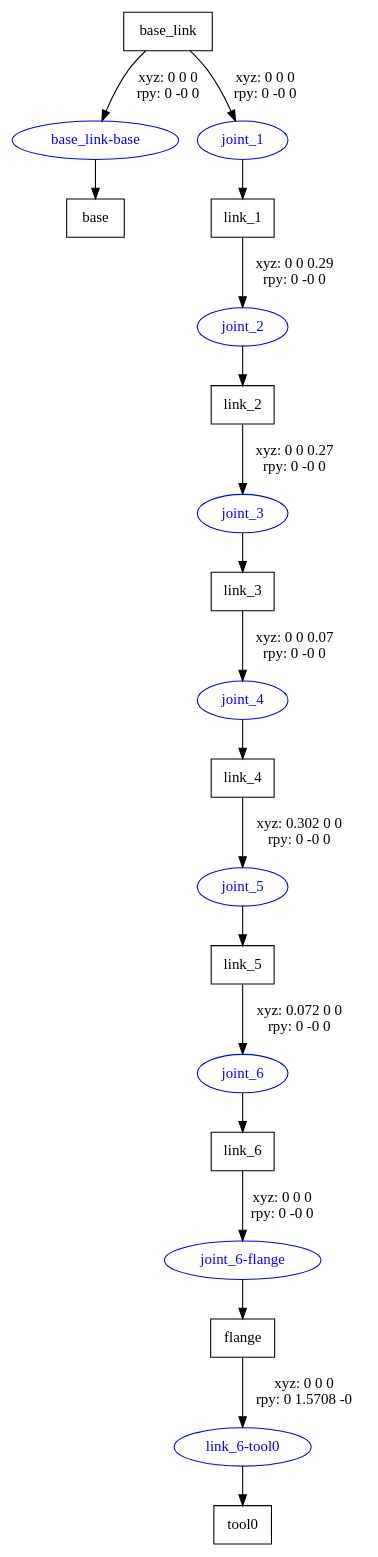
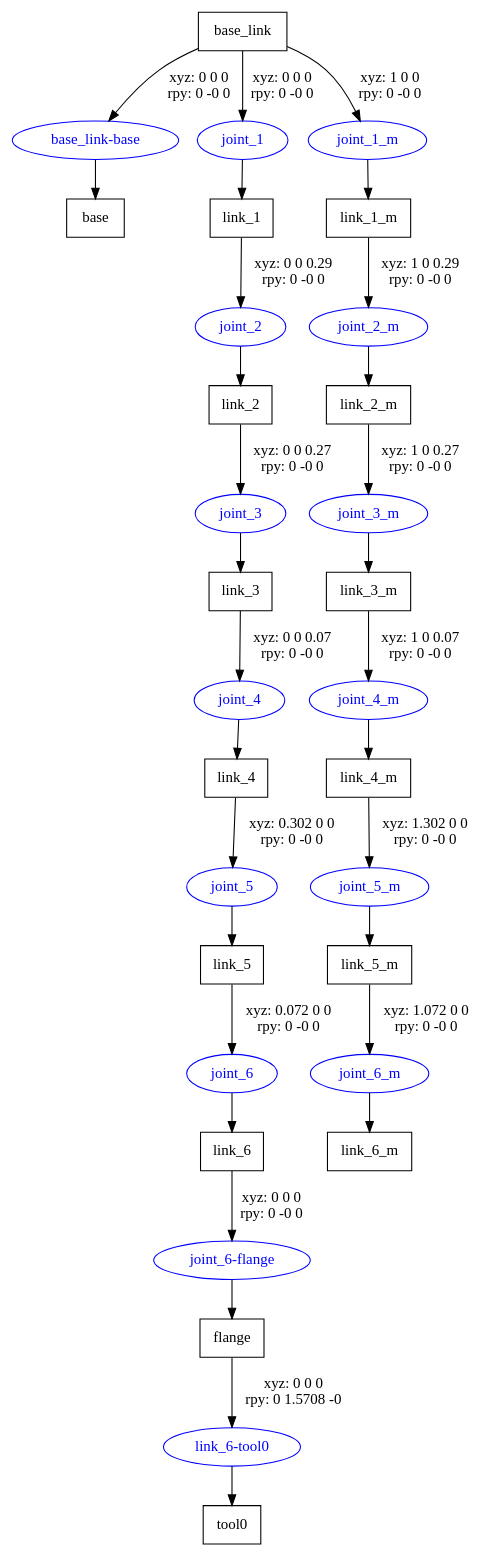
Before and after one commit to raghavvs/test_irb120: the diagram in abb_irb120_support/urdf/abb_irb120_3_58.gv, drawn with Graphviz. The commit also changed 7 other files, not shown here.

```diff
--- a/abb_irb120_support/urdf/abb_irb120_3_58.gv
+++ b/abb_irb120_support/urdf/abb_irb120_3_58.gv
@@ -1,32 +1,50 @@
 digraph G {
 node [shape=box];
 "base_link" [label="base_link"];
 "base" [label="base"];
 "link_1" [label="link_1"];
 "link_2" [label="link_2"];
 "link_3" [label="link_3"];
 "link_4" [label="link_4"];
 "link_5" [label="link_5"];
 "link_6" [label="link_6"];
 "flange" [label="flange"];
 "tool0" [label="tool0"];
+"link_1_m" [label="link_1_m"];
+"link_2_m" [label="link_2_m"];
+"link_3_m" [label="link_3_m"];
+"link_4_m" [label="link_4_m"];
+"link_5_m" [label="link_5_m"];
+"link_6_m" [label="link_6_m"];
 node [shape=ellipse, color=blue, fontcolor=blue];
 "base_link" -> "base_link-base" [label="xyz: 0 0 0 \nrpy: 0 -0 0"]
 "base_link-base" -> "base"
 "base_link" -> "joint_1" [label="xyz: 0 0 0 \nrpy: 0 -0 0"]
 "joint_1" -> "link_1"
 "link_1" -> "joint_2" [label="xyz: 0 0 0.29 \nrpy: 0 -0 0"]
 "joint_2" -> "link_2"
 "link_2" -> "joint_3" [label="xyz: 0 0 0.27 \nrpy: 0 -0 0"]
 "joint_3" -> "link_3"
 "link_3" -> "joint_4" [label="xyz: 0 0 0.07 \nrpy: 0 -0 0"]
 "joint_4" -> "link_4"
 "link_4" -> "joint_5" [label="xyz: 0.302 0 0 \nrpy: 0 -0 0"]
 "joint_5" -> "link_5"
 "link_5" -> "joint_6" [label="xyz: 0.072 0 0 \nrpy: 0 -0 0"]
 "joint_6" -> "link_6"
 "link_6" -> "joint_6-flange" [label="xyz: 0 0 0 \nrpy: 0 -0 0"]
 "joint_6-flange" -> "flange"
 "flange" -> "link_6-tool0" [label="xyz: 0 0 0 \nrpy: 0 1.5708 -0"]
 "link_6-tool0" -> "tool0"
+"base_link" -> "joint_1_m" [label="xyz: 1 0 0 \nrpy: 0 -0 0"]
+"joint_1_m" -> "link_1_m"
+"link_1_m" -> "joint_2_m" [label="xyz: 1 0 0.29 \nrpy: 0 -0 0"]
+"joint_2_m" -> "link_2_m"
+"link_2_m" -> "joint_3_m" [label="xyz: 1 0 0.27 \nrpy: 0 -0 0"]
+"joint_3_m" -> "link_3_m"
+"link_3_m" -> "joint_4_m" [label="xyz: 1 0 0.07 \nrpy: 0 -0 0"]
+"joint_4_m" -> "link_4_m"
+"link_4_m" -> "joint_5_m" [label="xyz: 1.302 0 0 \nrpy: 0 -0 0"]
+"joint_5_m" -> "link_5_m"
+"link_5_m" -> "joint_6_m" [label="xyz: 1.072 0 0 \nrpy: 0 -0 0"]
+"joint_6_m" -> "link_6_m"
 }
```
